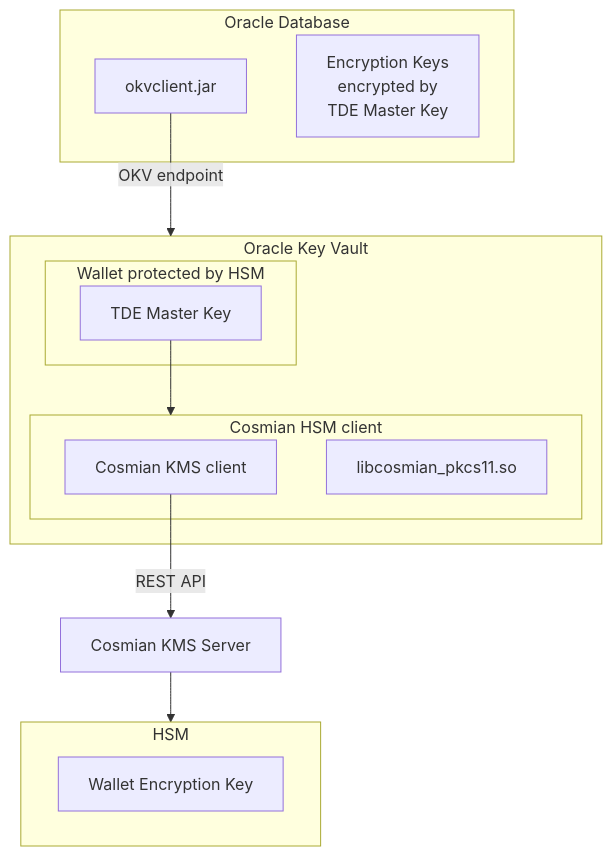
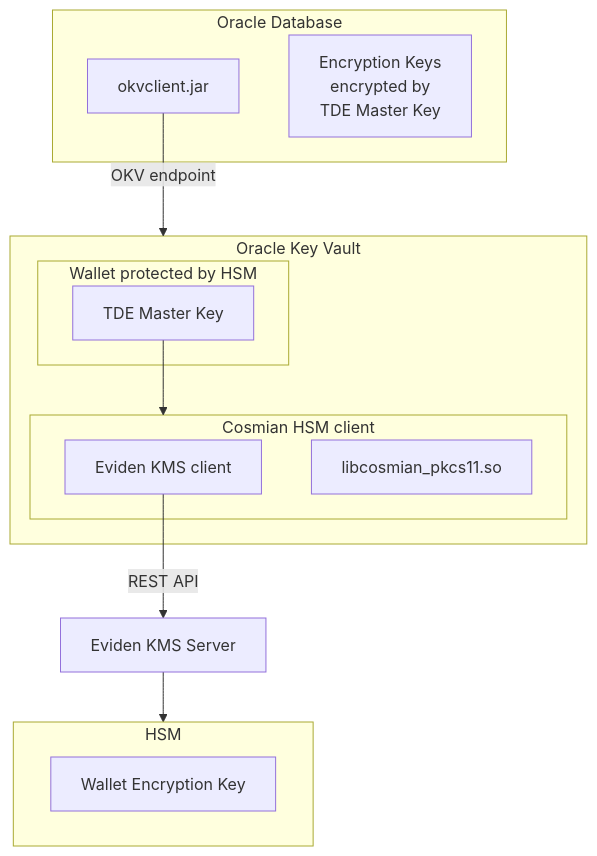
The first of 2 diagrams in documentation/docs/integrations/databases/oracle_tde.md (Cosmian/kms), drawn with Mermaid before and after one commit. The commit also changed other lines of this file and 79 other files, not shown here.

````diff
--- a/documentation/docs/integrations/databases/oracle_tde.md
+++ b/documentation/docs/integrations/databases/oracle_tde.md
@@ -28,25 +28,25 @@
 ```mermaid
 graph TD
     subgraph oracle_db[Oracle Database]
         okvclient[okvclient.jar]
         dek[Encryption Keys
         encrypted by
         TDE Master Key]
     end
     okvclient -- OKV endpoint --> OKV
     subgraph OKV[Oracle Key Vault]
         subgraph hsm_client[Cosmian HSM client]
-            kms_client[Cosmian KMS client]
+            kms_client[Eviden KMS client]
             pkcs11_lib[libcosmian_pkcs11.so]
         end
         subgraph wallet[Wallet protected by HSM]
             tde[TDE Master Key]
         end
         tde --> hsm_client
     end
-    kms_client -- REST API --> KMS[Cosmian KMS Server]
+    kms_client -- REST API --> KMS[Eviden KMS Server]
     KMS --> HSM
     subgraph HSM[HSM]
         kek[Wallet Encryption Key]
     end
 ```
````
